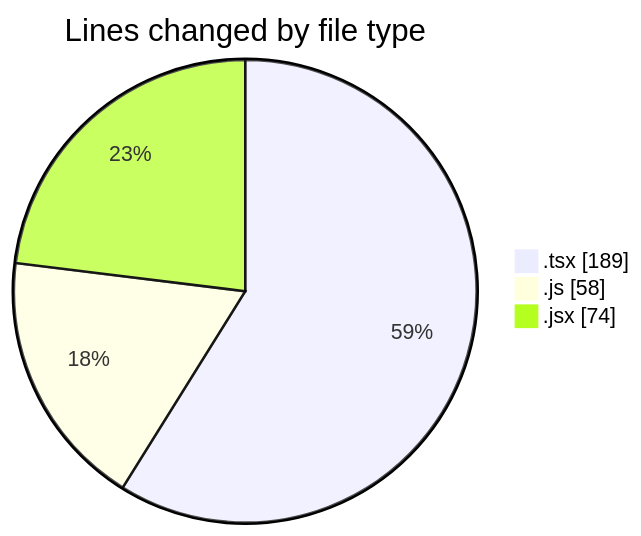
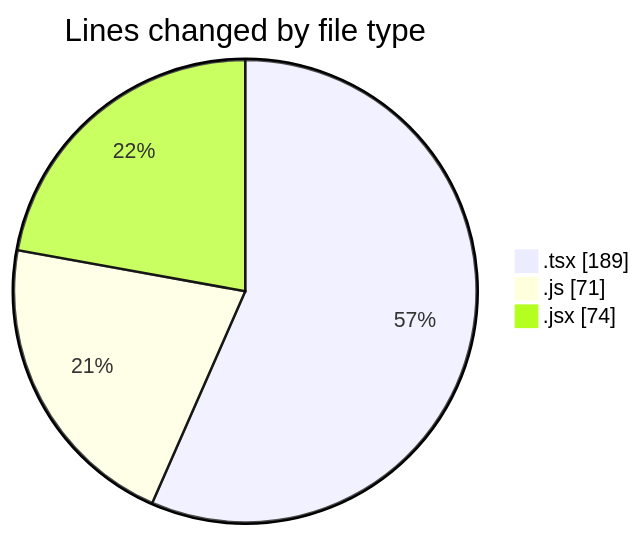
One commit to momahboobian/code-tracking changed the first of 2 diagrams in 2025-05-08/cda/README.md. Above: the diagram before and after it, drawn with Mermaid. The commit also changed other lines of this file and 1 other file, not shown here.

````diff
--- a/2025-05-08/cda/README.md
+++ b/2025-05-08/cda/README.md
@@ -22,7 +23,7 @@
 ```mermaid
 pie showData
 title Lines changed by file type
 ".tsx" : 189
-".js" : 58
+".js" : 71
 ".jsx" : 74
 ```
````
